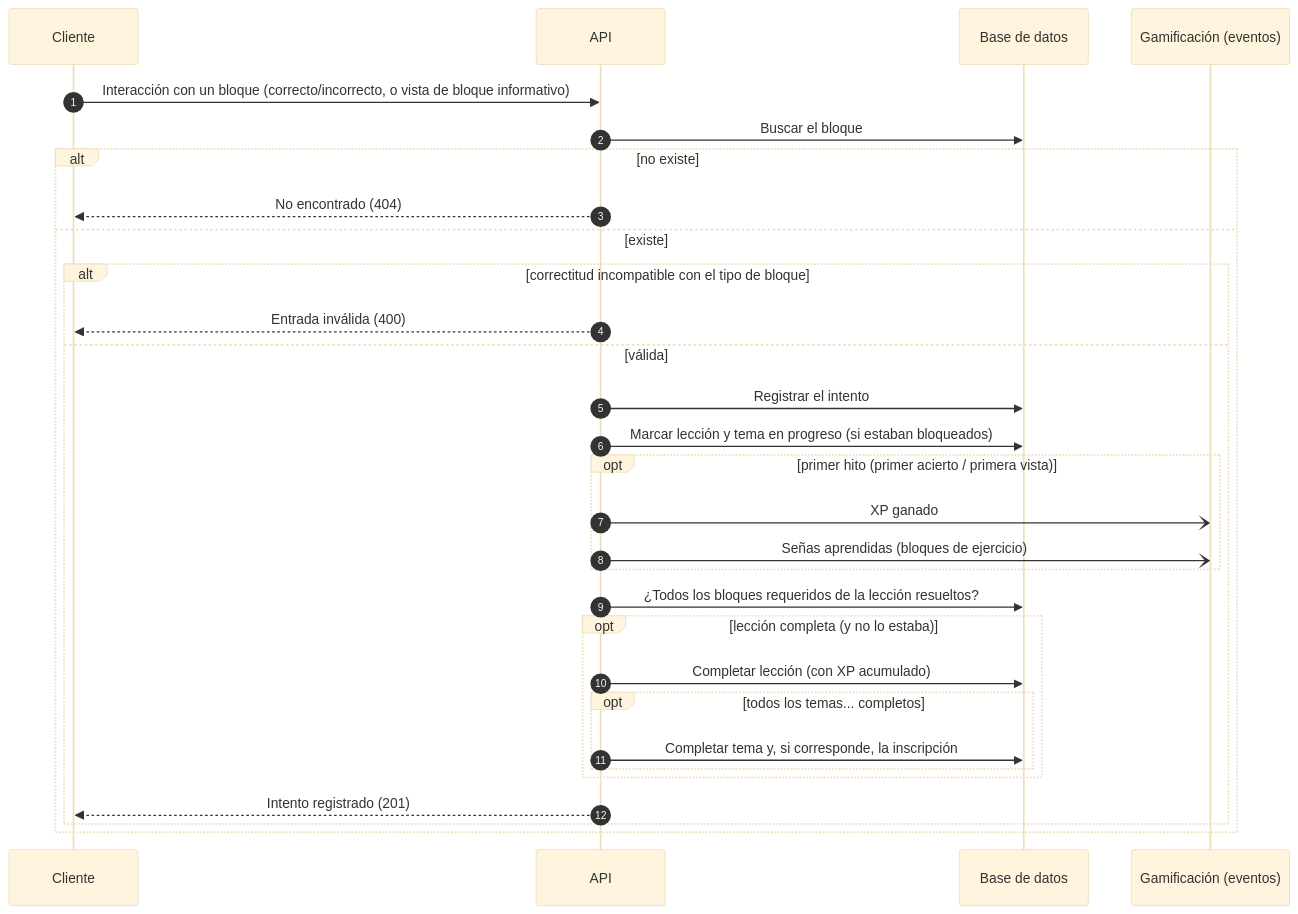
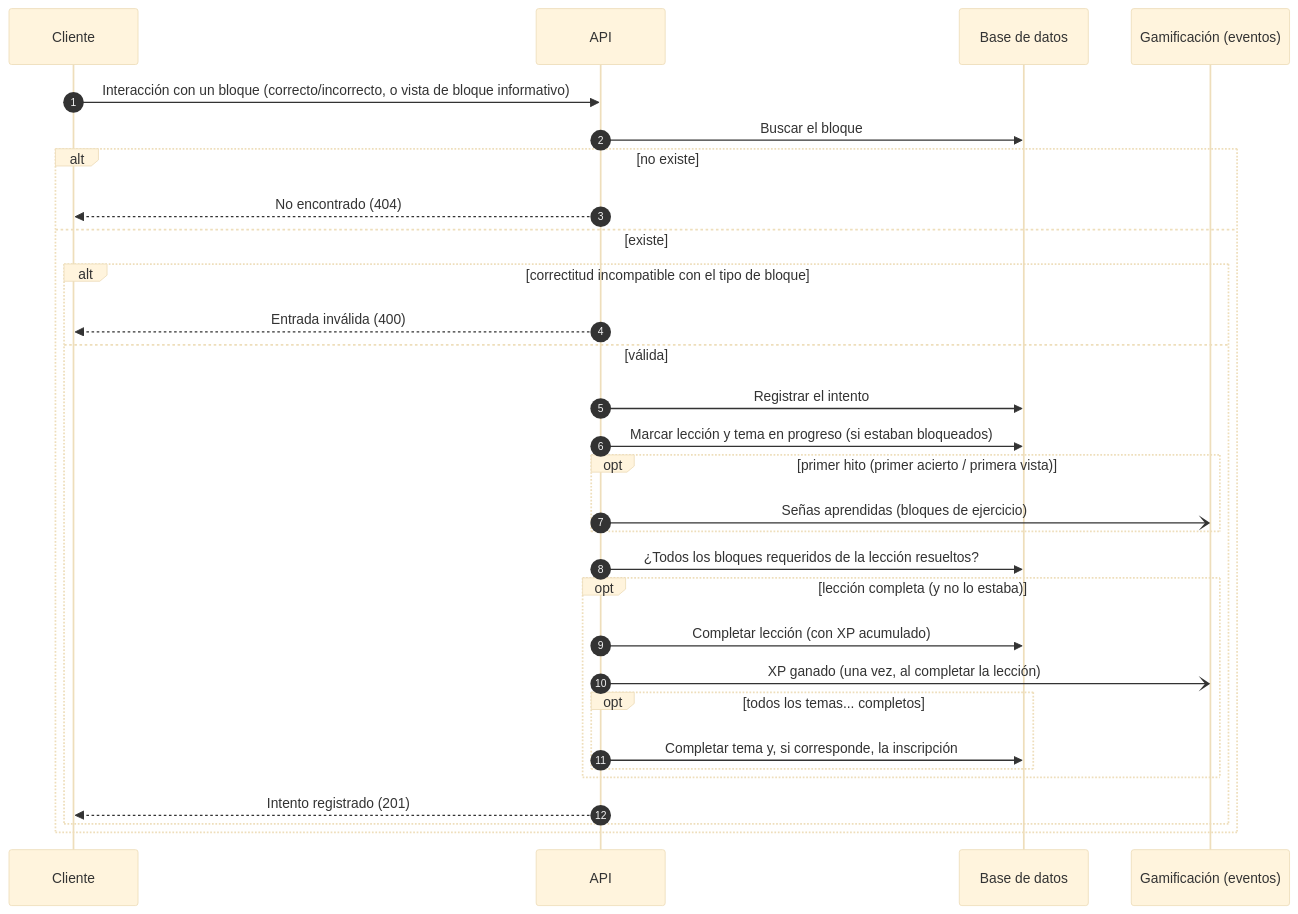
One commit to signasource/signa-api changed diagram 15 of 28 in docs/diagrams/sequence.md. Above: the diagram before and after it, drawn with Mermaid (base theme). The commit also changed 2 other files, not shown here.

Commit message:
fix(xp): pay lesson XP once on completion so only whole lessons move the streak

````diff
--- a/docs/diagrams/sequence.md
+++ b/docs/diagrams/sequence.md
@@ -382,33 +382,33 @@
 ```mermaid
 sequenceDiagram
     autonumber
     participant C as Cliente
     participant API as API
     participant DB as Base de datos
     participant Gam as Gamificación (eventos)
 
     C->>API: Interacción con un bloque (correcto/incorrecto, o vista de bloque informativo)
     API->>DB: Buscar el bloque
     alt no existe
         API-->>C: No encontrado (404)
     else existe
         alt correctitud incompatible con el tipo de bloque
             API-->>C: Entrada inválida (400)
         else válida
             API->>DB: Registrar el intento
             API->>DB: Marcar lección y tema en progreso (si estaban bloqueados)
             opt primer hito (primer acierto / primera vista)
-                API-)Gam: XP ganado
                 API-)Gam: Señas aprendidas (bloques de ejercicio)
             end
             API->>DB: ¿Todos los bloques requeridos de la lección resueltos?
             opt lección completa (y no lo estaba)
                 API->>DB: Completar lección (con XP acumulado)
+                API-)Gam: XP ganado (una vez, al completar la lección)
                 opt todos los temas... completos
                     API->>DB: Completar tema y, si corresponde, la inscripción
                 end
             end
             API-->>C: Intento registrado (201)
         end
     end
 ```
````
